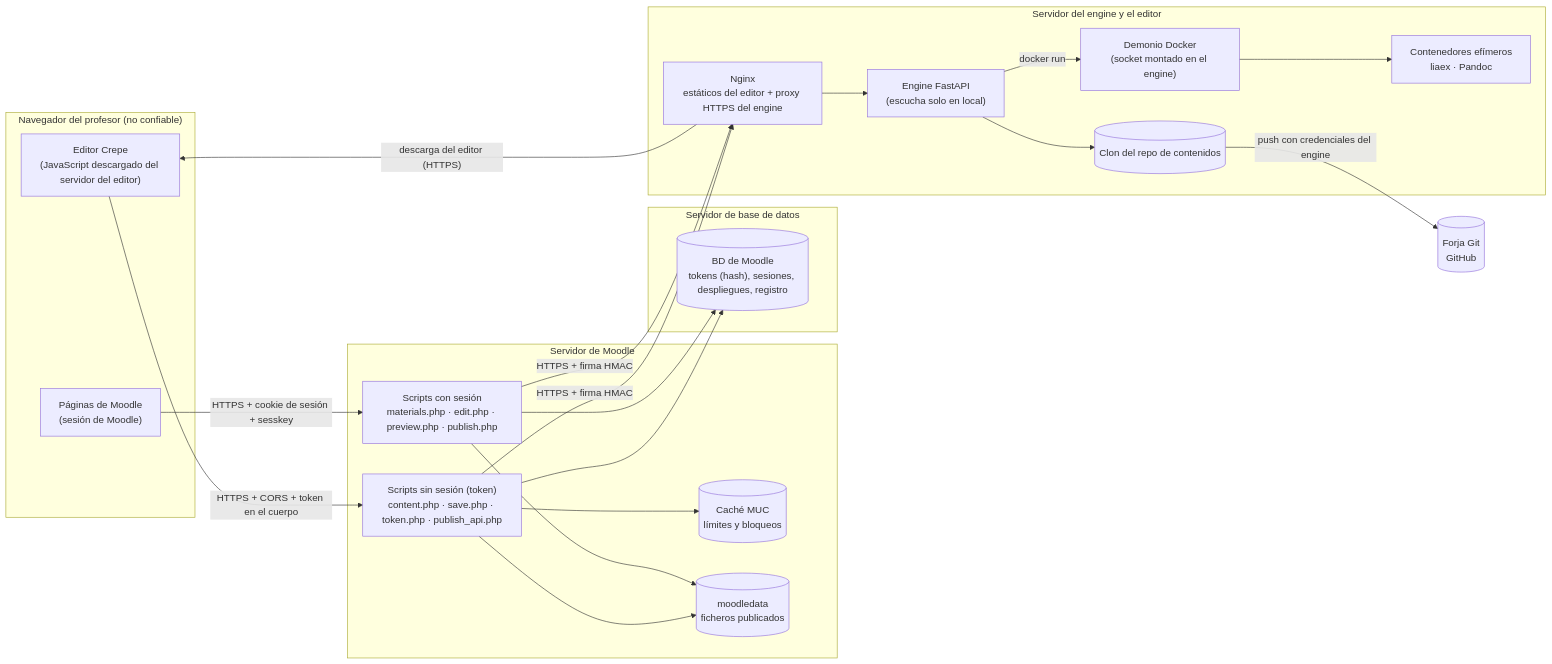
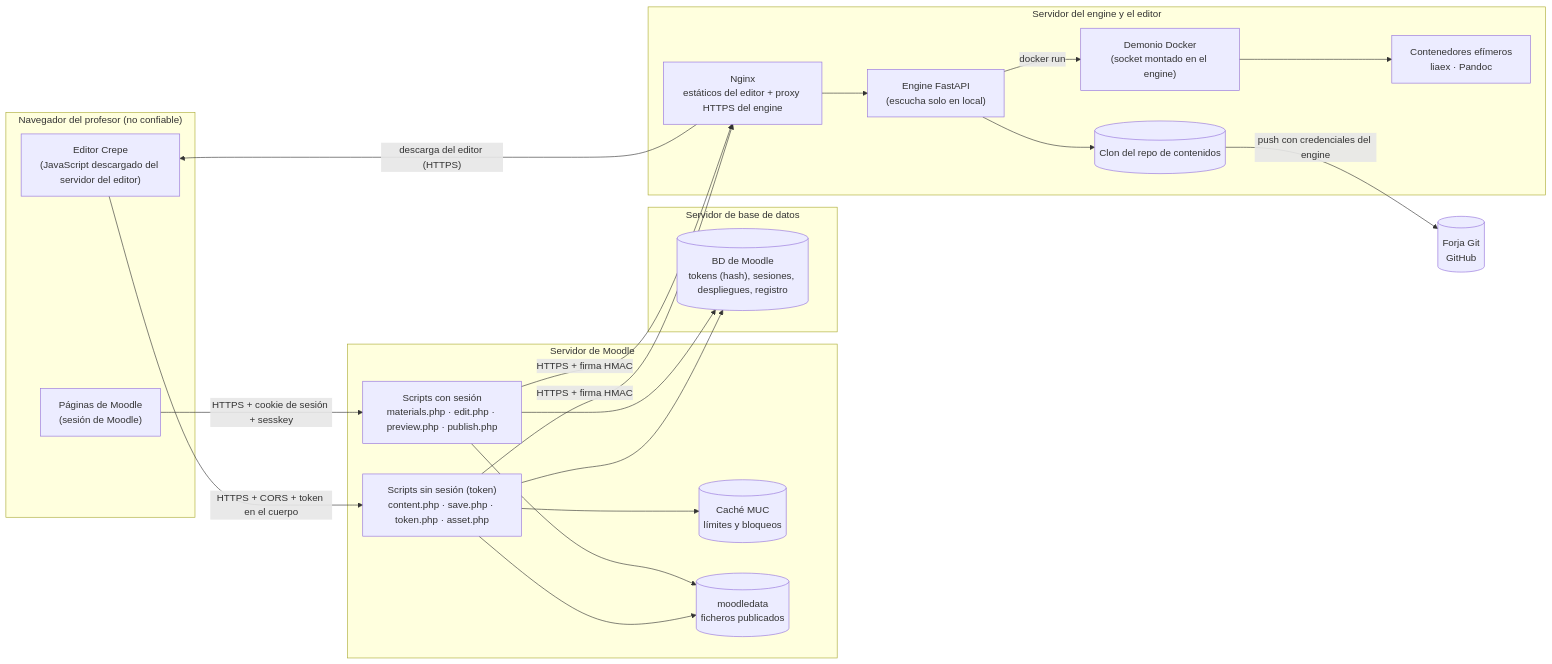
One commit to darioaxel/moodle-liaeditor-git changed the first of 15 diagrams in docs/Seguridad — Evaluación del plugin local_liamateriales.md. Above: the diagram before and after it, drawn with Mermaid. The commit also changed other lines of this file and 13 other files, not shown here.

First line of the commit message:
Publicar solo desde el plugin: retirado publish_api.php (2.8.0)

````diff
--- a/docs/Seguridad — Evaluación del plugin local_liamateriales.md
+++ b/docs/Seguridad — Evaluación del plugin local_liamateriales.md
@@ -41,44 +41,44 @@
 ```mermaid
 flowchart LR
   subgraph Z1["Navegador del profesor (no confiable)"]
     ED["Editor Crepe<br/>(JavaScript descargado del servidor del editor)"]
     MB["Páginas de Moodle<br/>(sesión de Moodle)"]
   end
 
   subgraph SM["Servidor de Moodle"]
     PS["Scripts con sesión<br/>materials.php · edit.php · preview.php · publish.php"]
-    PT["Scripts sin sesión (token)<br/>content.php · save.php · token.php · publish_api.php"]
+    PT["Scripts sin sesión (token)<br/>content.php · save.php · token.php · asset.php"]
     MUC[("Caché MUC<br/>límites y bloqueos")]
     FS[("moodledata<br/>ficheros publicados")]
   end
 
   subgraph SB["Servidor de base de datos"]
     DB[("BD de Moodle<br/>tokens (hash), sesiones, despliegues, registro")]
   end
 
   subgraph SE["Servidor del engine y el editor"]
     WEB["Nginx<br/>estáticos del editor + proxy HTTPS del engine"]
     EN["Engine FastAPI<br/>(escucha solo en local)"]
     GIT[("Clon del repo de contenidos")]
     DK["Demonio Docker<br/>(socket montado en el engine)"]
     LX["Contenedores efímeros<br/>liaex · Pandoc"]
   end
 
   FORGE[("Forja Git<br/>GitHub")]
 
   WEB -- "descarga del editor (HTTPS)" --> ED
   MB -- "HTTPS + cookie de sesión + sesskey" --> PS
   ED -- "HTTPS + CORS + token en el cuerpo" --> PT
   PS --> DB
   PT --> DB
   PT --> MUC
   PS --> FS
   PT --> FS
   PS -- "HTTPS + firma HMAC" --> WEB
   PT -- "HTTPS + firma HMAC" --> WEB
   WEB --> EN
   EN --> GIT
   GIT -- "push con credenciales del engine" --> FORGE
   EN -- "docker run" --> DK
   DK --> LX
 ```
````
